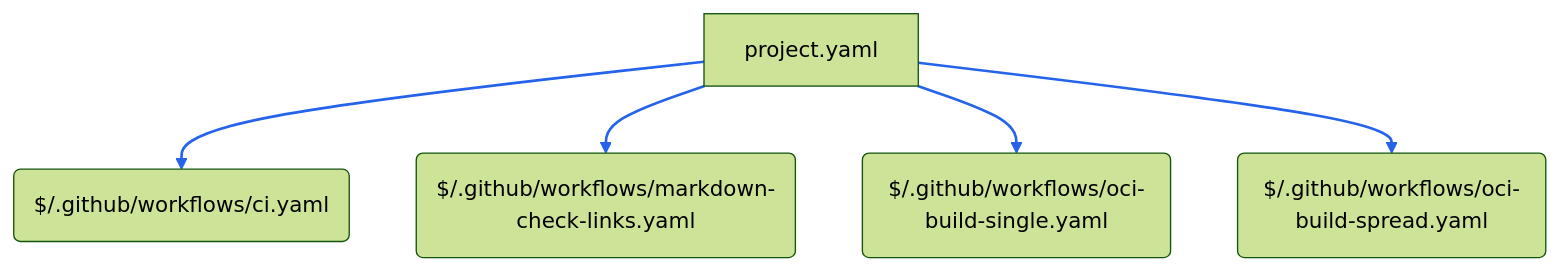
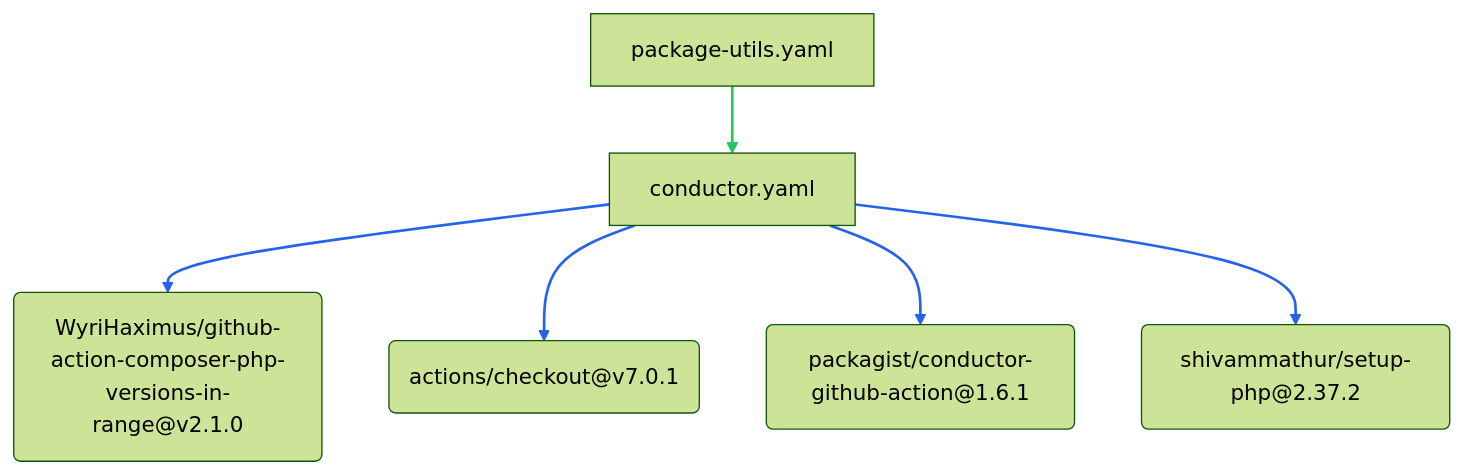
Before and after one commit to WyriHaximus/github-workflows: the third of 6 diagrams in README.md, drawn with Mermaid (forest theme). The commit also changed other lines of this file and 1 other file, not shown here.

Commit message:
Fix workflow diagram generation

````diff
--- a/README.md
+++ b/README.md
@@ -468,9 +505,16 @@
 ```mermaid
 flowchart TB
-  project_project["project.yaml"] --> project_a0("$/.github/workflows/ci.yaml")
-  project_project["project.yaml"] --> project_a1("$/.github/workflows/markdown-check-links.yaml")
-  project_project["project.yaml"] --> project_a2("$/.github/workflows/oci-build-single.yaml")
-  project_project["project.yaml"] --> project_a3("$/.github/workflows/oci-build-spread.yaml")
+  package_utils_conductor["conductor.yaml"] --> package_utils_a0("WyriHaximus/github-action-composer-php-versions-in-range@v2.1.0")
+  package_utils_conductor["conductor.yaml"] --> package_utils_a1("actions/checkout@v7.0.1")
+  package_utils_conductor["conductor.yaml"] --> package_utils_a2("packagist/conductor-github-action@1.6.1")
+  package_utils_conductor["conductor.yaml"] --> package_utils_a3("shivammathur/setup-php@2.37.2")
+  package_utils_package_utils["package-utils.yaml"] --> package_utils_conductor["conductor.yaml"]
+  linkStyle 4 stroke:#22c55e,stroke-width:2px
   linkStyle 0,1,2,3 stroke:#2563eb,stroke-width:2px
-  click project_project "https://github.com/WyriHaximus/github-workflows/blob/main/.github/workflows/project.yaml" _blank
+  click package_utils_a0 "https://github.com/WyriHaximus/github-action-composer-php-versions-in-range/releases/tag/v2.1.0" _blank
+  click package_utils_a1 "https://github.com/actions/checkout/releases/tag/v7.0.1" _blank
+  click package_utils_a2 "https://github.com/packagist/conductor-github-action/releases/tag/1.6.1" _blank
+  click package_utils_a3 "https://github.com/shivammathur/setup-php/releases/tag/2.37.2" _blank
+  click package_utils_conductor "https://github.com/WyriHaximus/github-workflows/blob/main/.github/workflows/conductor.yaml" _blank
+  click package_utils_package_utils "https://github.com/WyriHaximus/github-workflows/blob/main/.github/workflows/package-utils.yaml" _blank
 ```
````
